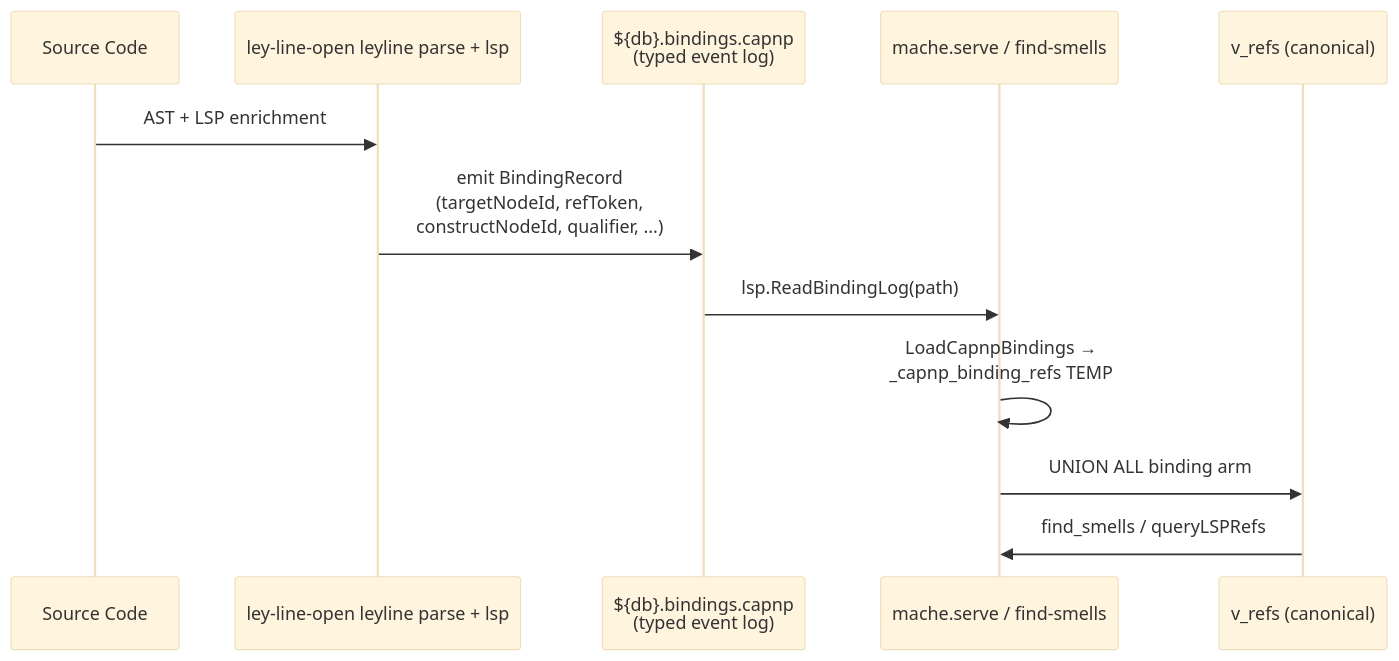
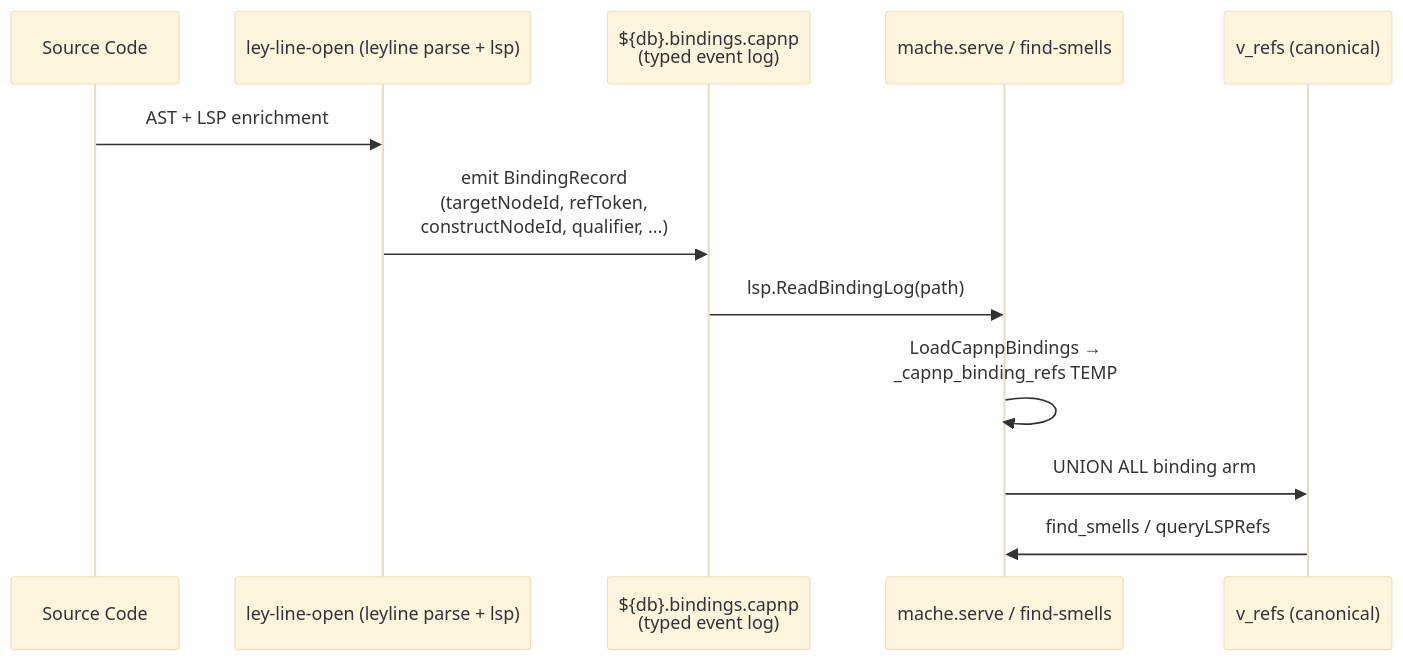
The second of 2 diagrams in docs/ARCHITECTURE.md (agentic-research/mache), drawn with Mermaid (base theme) before and after one commit. The commit also changed other lines of this file and 3 other files, not shown here.

````diff
--- a/docs/ARCHITECTURE.md
+++ b/docs/ARCHITECTURE.md
@@ -129,15 +129,15 @@
 ```mermaid
 sequenceDiagram
     participant Source as Source Code
-    participant ley-line-open as ley-line-open leyline parse + lsp
+    participant Leyline as ley-line-open (leyline parse + lsp)
     participant Log as ${db}.bindings.capnp<br/>(typed event log)
     participant Mache as mache.serve / find-smells
     participant View as v_refs (canonical)
 
-    Source->>ley-line-open: AST + LSP enrichment
-    ley-line-open->>Log: emit BindingRecord<br/>(targetNodeId, refToken,<br/>constructNodeId, qualifier, ...)
+    Source->>Leyline: AST + LSP enrichment
+    Leyline->>Log: emit BindingRecord<br/>(targetNodeId, refToken,<br/>constructNodeId, qualifier, ...)
     Log->>Mache: lsp.ReadBindingLog(path)
     Mache->>Mache: LoadCapnpBindings →<br/>_capnp_binding_refs TEMP
     Mache->>View: UNION ALL binding arm
     View->>Mache: find_smells / queryLSPRefs
 ```
````
